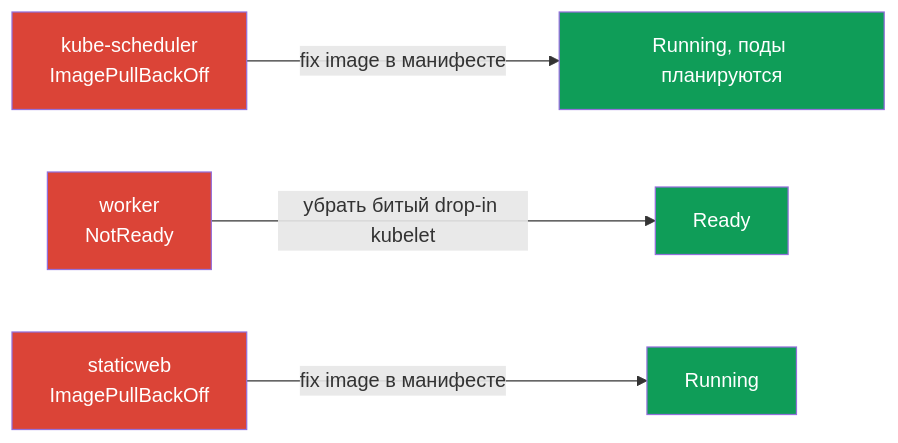
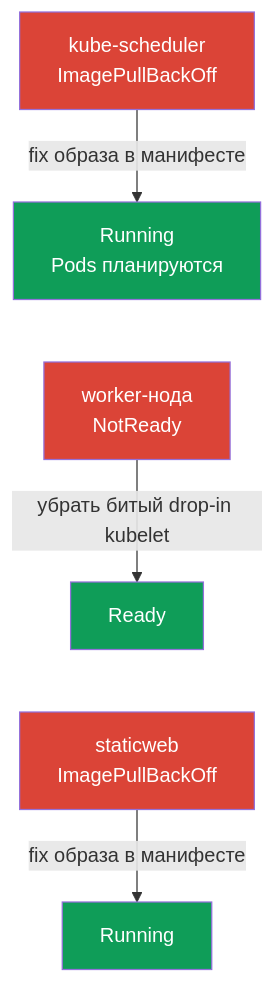
Before and after one commit to ViktorUJ/cks: the diagram in tasks/cka/labs/117/README_RU.MD, drawn with Mermaid. The commit also changed other lines of this file and 36 other files, not shown here.

````diff
--- a/tasks/cka/labs/117/README_RU.MD
+++ b/tasks/cka/labs/117/README_RU.MD
@@ -29,12 +38,14 @@
 ```mermaid
-flowchart LR
-    a["kube-scheduler<br>ImagePullBackOff"] -->|"fix image в манифесте"| a2["Running, поды планируются"]
-    b["worker<br>NotReady"] -->|"убрать битый drop-in kubelet"| b2["Ready"]
-    c["staticweb<br>ImagePullBackOff"] -->|"fix image в манифесте"| c2["Running"]
+flowchart TB
+    a["kube-scheduler<br>ImagePullBackOff"] -->|"fix образа в манифесте"| a2["Running<br>Pods планируются"]
+    b["worker-нода<br>NotReady"] -->|"убрать битый drop-in kubelet"| b2["Ready"]
+    c["staticweb<br>ImagePullBackOff"] -->|"fix образа в манифесте"| c2["Running"]
+    a2 ~~~ b
+    b2 ~~~ c
     style a fill:#db4437,color:#fff
     style b fill:#db4437,color:#fff
     style c fill:#db4437,color:#fff
     style a2 fill:#0f9d58,color:#fff
     style b2 fill:#0f9d58,color:#fff
     style c2 fill:#0f9d58,color:#fff
 ```
````
